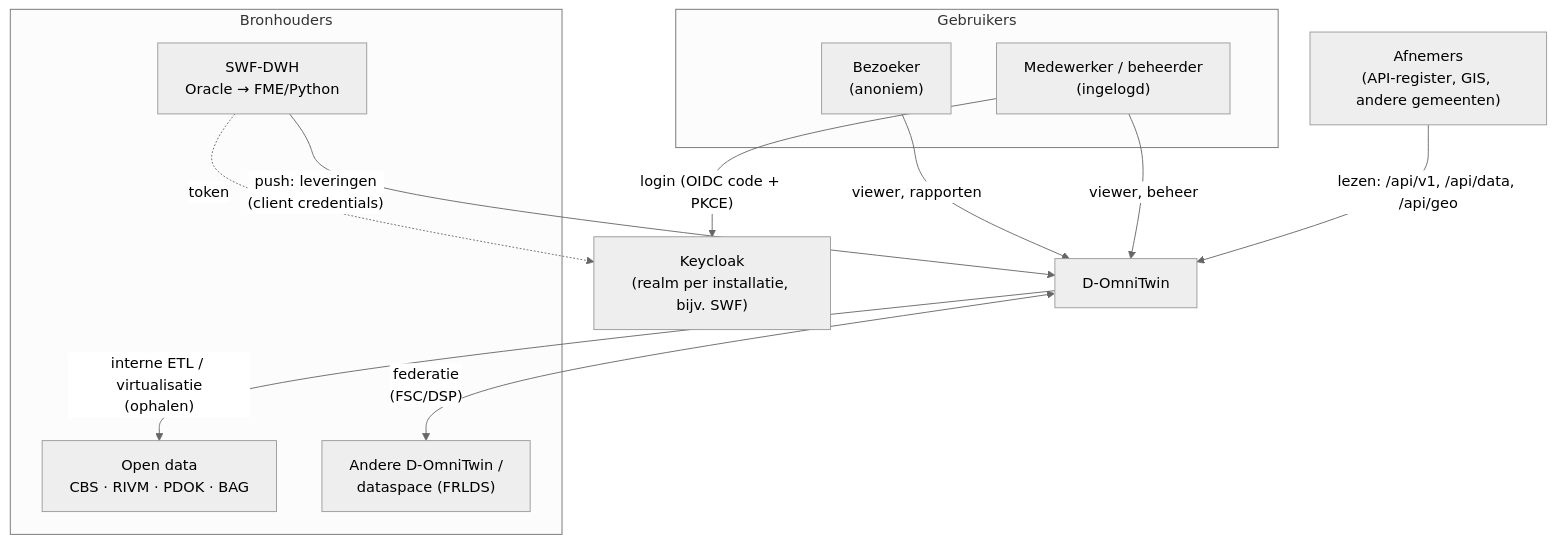
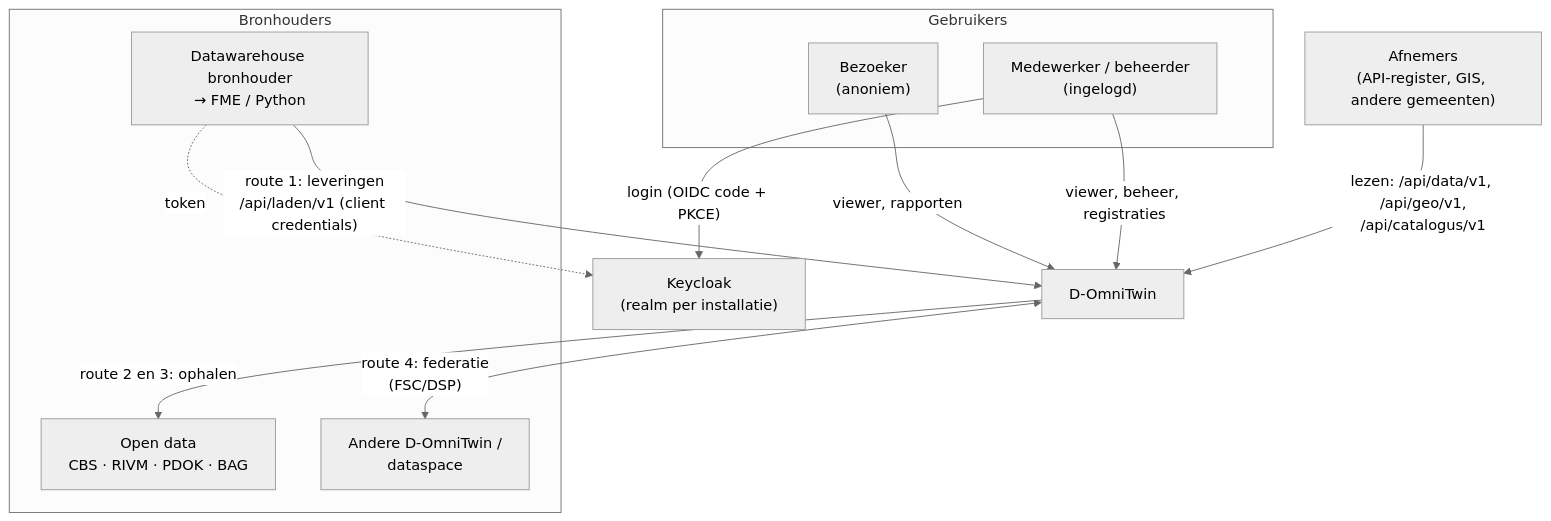
One commit to Sudwest-Fryslan/D-OmniTwin changed the first of 5 diagrams in docs/2-architectuur/vullen-van-d-omnitwin.md. Above: the diagram before and after it, drawn with Mermaid (neutral theme). The commit also changed other lines of this file and 23 other files, not shown here.

First line of the commit message:
docs(api): laad-API-specificatie en gescheiden API's per doel (#205)

````diff
--- a/docs/2-architectuur/vullen-van-d-omnitwin.md
+++ b/docs/2-architectuur/vullen-van-d-omnitwin.md
@@ -17,24 +17,24 @@
 ```mermaid
 flowchart TB
   subgraph Gebruikers
     U1["Bezoeker<br/>(anoniem)"]
     U2["Medewerker / beheerder<br/>(ingelogd)"]
   end
   subgraph Bronhouders
-    B1["SWF-DWH<br/>Oracle → FME/Python"]
+    B1["Datawarehouse bronhouder<br/>→ FME / Python"]
     B2["Open data<br/>CBS · RIVM · PDOK · BAG"]
-    B3["Andere D-OmniTwin /<br/>dataspace (FRLDS)"]
+    B3["Andere D-OmniTwin /<br/>dataspace"]
   end
-  KC["Keycloak<br/>(realm per installatie, bijv. SWF)"]
+  KC["Keycloak<br/>(realm per installatie)"]
   DOT["D-OmniTwin"]
   EXT["Afnemers<br/>(API-register, GIS, andere gemeenten)"]
 
   U1 -- "viewer, rapporten" --> DOT
   U2 -- "login (OIDC code + PKCE)" --> KC
-  U2 -- "viewer, beheer" --> DOT
-  B1 -- "push: leveringen<br/>(client credentials)" --> DOT
+  U2 -- "viewer, beheer, registraties" --> DOT
+  B1 -- "route 1: leveringen<br/>/api/laden/v1 (client credentials)" --> DOT
   B1 -. token .-> KC
-  DOT -- "interne ETL / virtualisatie<br/>(ophalen)" --> B2
-  DOT <-- "federatie<br/>(FSC/DSP)" --> B3
-  EXT -- "lezen: /api/v1, /api/data, /api/geo" --> DOT
+  DOT -- "route 2 en 3: ophalen" --> B2
+  DOT <-- "route 4: federatie<br/>(FSC/DSP)" --> B3
+  EXT -- "lezen: /api/data/v1, /api/geo/v1,<br/>/api/catalogus/v1" --> DOT
 ```
````
